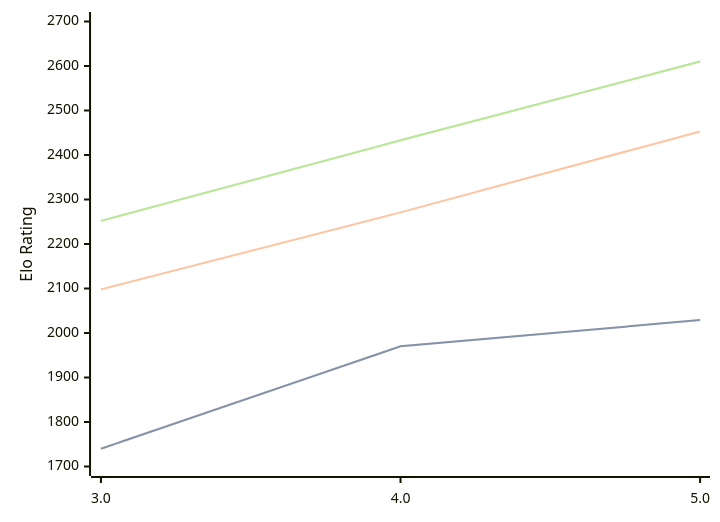
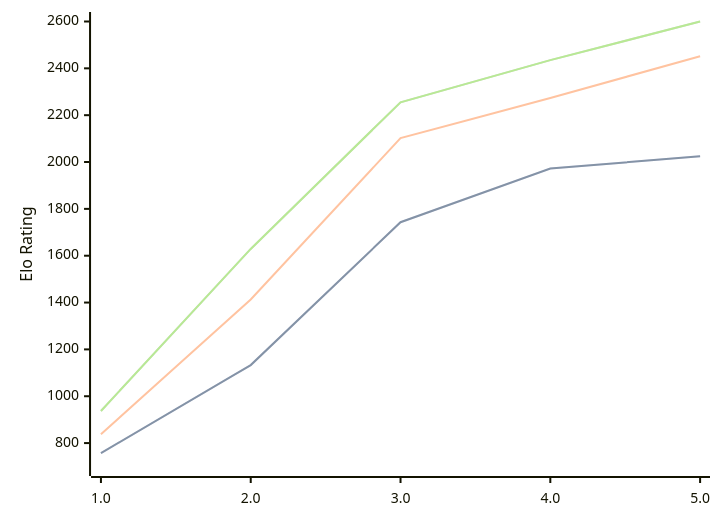
One commit to computer-chess-index/cci changed the diagram in engines/Pea.md. Above: the diagram before and after it, drawn with Mermaid. The commit also changed other lines of this file, not shown here.

Commit message:
Update CCI Ratings (ELO VLTC) - 2026-04-17

````diff
--- a/engines/Pea.md
+++ b/engines/Pea.md
@@ -35,11 +35,11 @@
 ```mermaid
 %%{init: {"theme":"base","themeVariables":{"seriesColors:['#a3a3a3','#222221','#faa371']}}}%%
 xychart-beta
-  x-axis ["3.0", "4.0", "5.0"]
-  y-axis "Elo Rating" 1700 --> 2700
-  line "STC (8.0+0.08s)" [1740, 1970, 2029]
-  line "STC (8.0+0.08s)" [1740, 1970, 2029]
-  line "LTC (60.0+0.60s)" [2098, 2271, 2453]
-  line "VLTC (2m24s+1.12s)" [2252, 2433, 2610]
-  line "VLTC (2m24s+1.12s)" [2252, 2433, 2610]
+  x-axis ["1.0", "2.0", "3.0", "4.0", "5.0"]
+  y-axis "Elo Rating" 700 --> 2600
+  line "STC (8.0+0.08s)" [757, 1133, 1743, 1972, 2025]
+  line "STC (8.0+0.08s)" [757, 1133, 1743, 1972, 2025]
+  line "LTC (60.0+0.60s)" [838, 1413, 2102, 2273, 2452]
+  line "VLTC (2m24s+1.12s)" [937, 1629, 2255, 2435, 2600]
+  line "VLTC (2m24s+1.12s)" [937, 1629, 2255, 2435, 2600]
 ```
````
